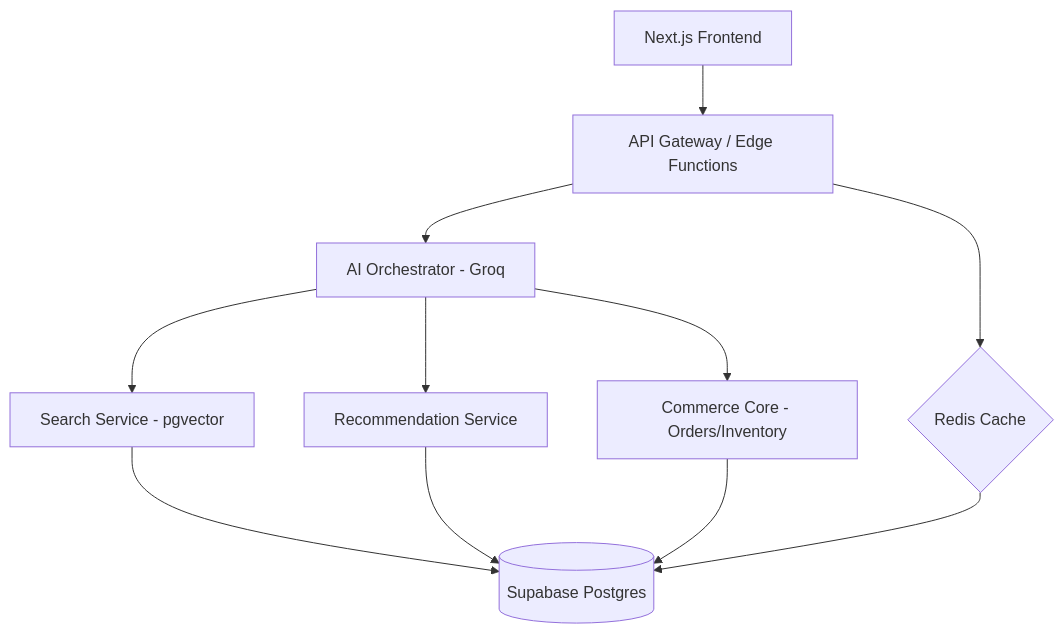
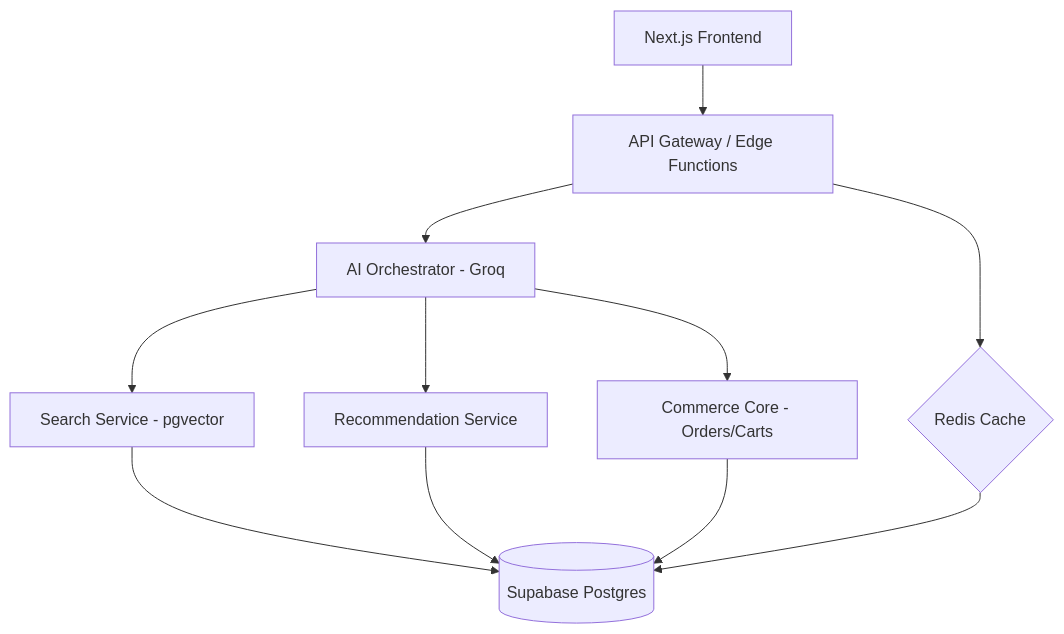
One commit to popoolarofih/Luxx changed the diagram in ARCHITECTURE.md. Above: the diagram before and after it, drawn with Mermaid. The commit also changed other lines of this file and 5 other files, not shown here.

````diff
--- a/ARCHITECTURE.md
+++ b/ARCHITECTURE.md
@@ -4,15 +4,15 @@
 ```mermaid
 graph TD
     Client[Next.js Frontend] --> Gateway[API Gateway / Edge Functions]
     Gateway --> Orchestrator[AI Orchestrator - Groq]
     Orchestrator --> Search[Search Service - pgvector]
     Orchestrator --> Recommendation[Recommendation Service]
-    Orchestrator --> Commerce[Commerce Core - Orders/Inventory]
+    Orchestrator --> Commerce[Commerce Core - Orders/Carts]
 
     Search --> DB[(Supabase Postgres)]
     Recommendation --> DB
     Commerce --> DB
 
     Gateway --> Cache{Redis Cache}
     Cache --> DB
 ```
````
